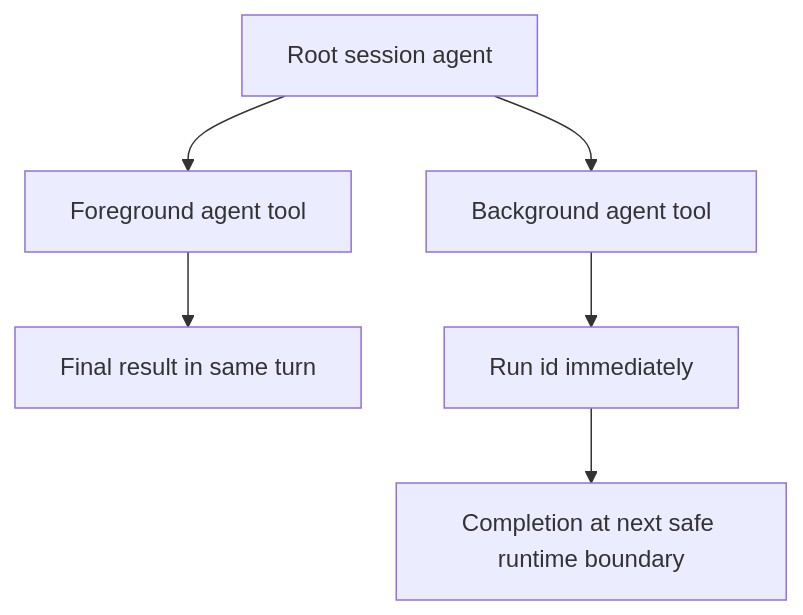
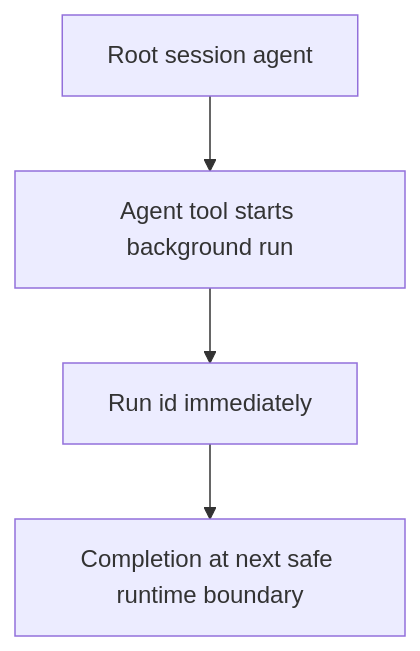
Before and after one commit to matthewyjiang/rho: the first of 2 diagrams in docs/subagents.md, drawn with Mermaid. The commit also changed other lines of this file and 32 other files, not shown here.

````diff
--- a/docs/subagents.md
+++ b/docs/subagents.md
@@ -25,8 +25,6 @@
 ```mermaid
 flowchart TD
-    root[Root session agent] --> fg[Foreground agent tool]
-    root --> bg[Background agent tool]
-    fg --> result[Final result in same turn]
+    root[Root session agent] --> bg[Agent tool starts background run]
     bg --> id[Run id immediately]
     id --> done[Completion at next safe runtime boundary]
 ```
````
